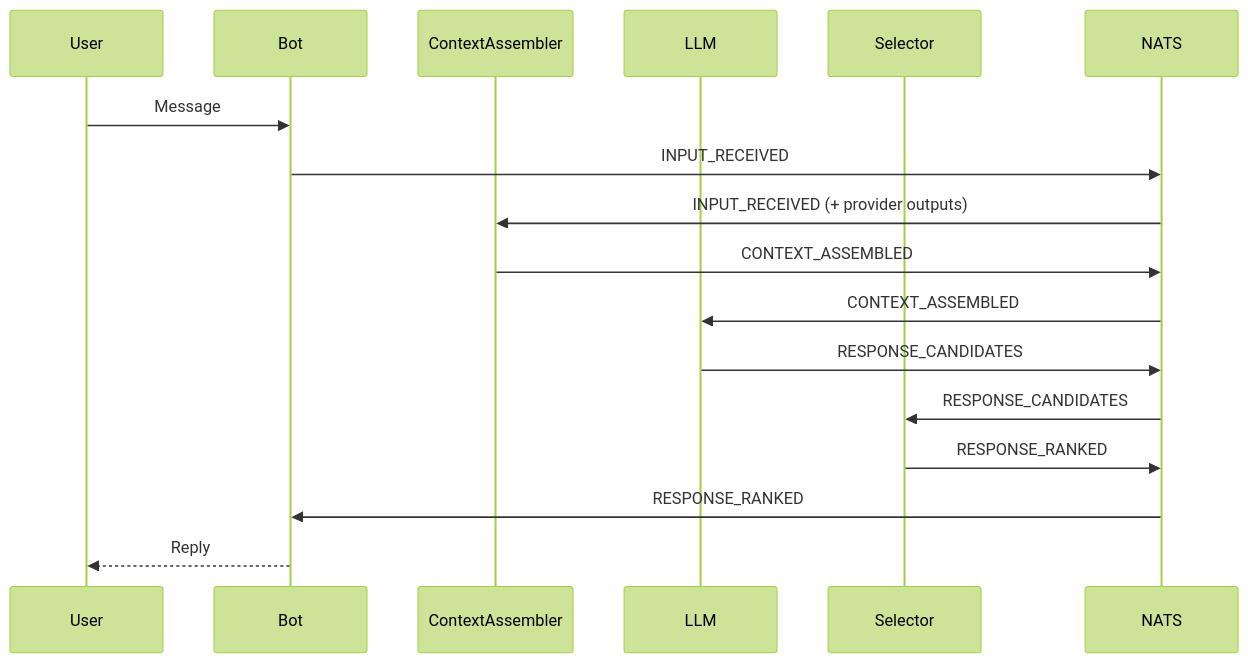
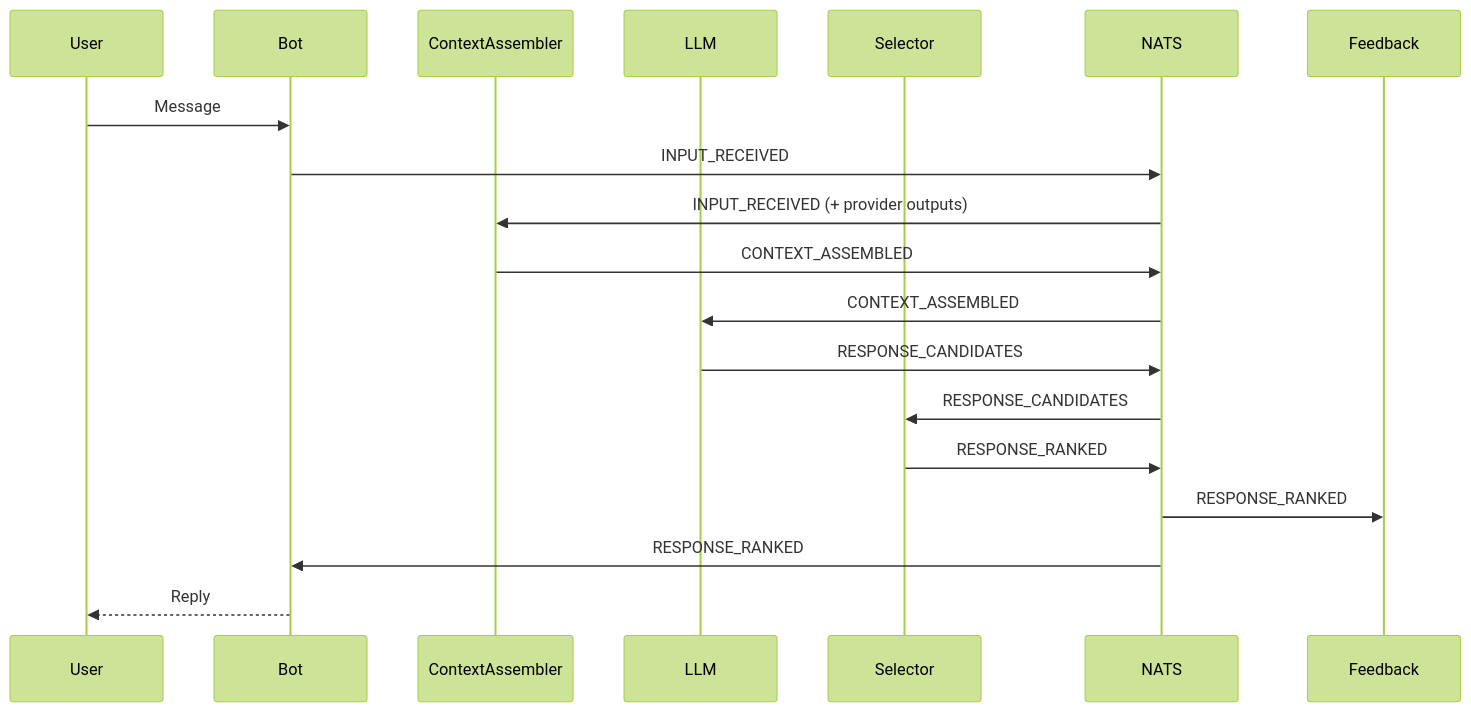
The diagram in docs/architecture.md (d0tTino/DeepThought-ReThought), drawn with Mermaid (forest theme) before and after one commit. The commit also changed other lines of this file and 3 other files, not shown here.

````diff
--- a/docs/architecture.md
+++ b/docs/architecture.md
@@ -23,19 +25,20 @@
 ```mermaid
 sequenceDiagram
     participant User
     participant Bot
     participant ContextAssembler
     participant LLM
     participant Selector
 
     User->>Bot: Message
     Bot->>NATS: INPUT_RECEIVED
     NATS->>ContextAssembler: INPUT_RECEIVED (+ provider outputs)
     ContextAssembler->>NATS: CONTEXT_ASSEMBLED
     NATS->>LLM: CONTEXT_ASSEMBLED
     LLM->>NATS: RESPONSE_CANDIDATES
     NATS->>Selector: RESPONSE_CANDIDATES
     Selector->>NATS: RESPONSE_RANKED
+    NATS->>Feedback: RESPONSE_RANKED
     NATS->>Bot: RESPONSE_RANKED
     Bot-->>User: Reply
 ```
````
